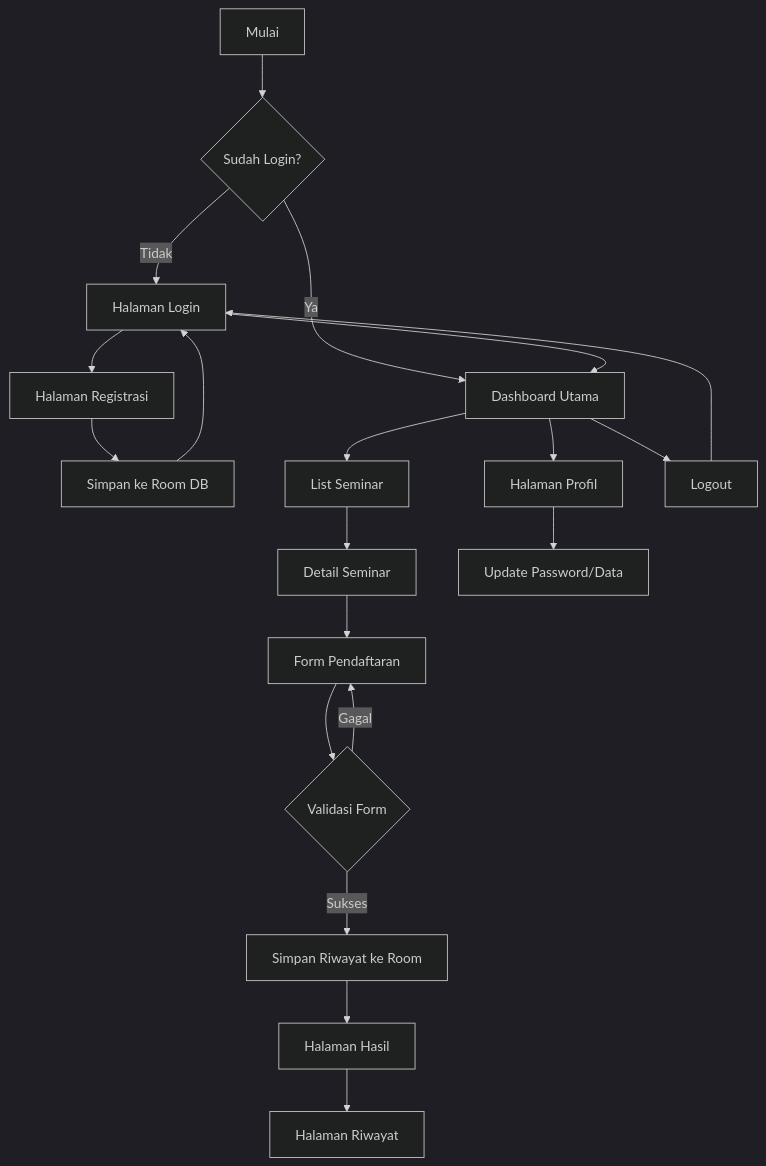
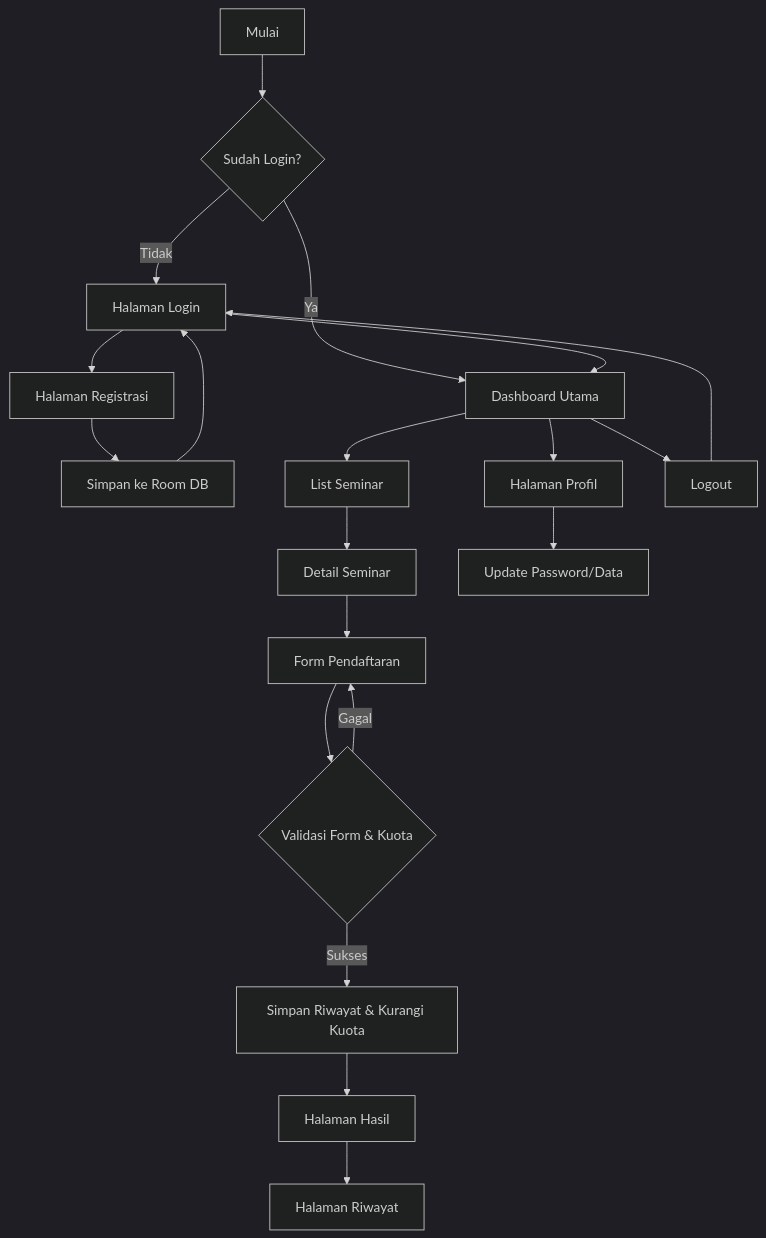
The diagram in README.md (areksaxyz/UTS-MOBILEPROGRAMMING), drawn with Mermaid (dark theme) before and after one commit. The commit also changed other lines of this file, not shown here.

````diff
--- a/README.md
+++ b/README.md
@@ -22,29 +24,29 @@
 ```mermaid
 graph TD
     A[Mulai] --> B{Sudah Login?}
     B -- Tidak --> C[Halaman Login]
     B -- Ya --> F[Dashboard Utama]
     
     C --> D[Halaman Registrasi]
     D --> E[Simpan ke Room DB]
     E --> C
     
     C --> F
     
     F --> G[List Seminar]
     G --> H[Detail Seminar]
     H --> I[Form Pendaftaran]
     
-    I --> J{Validasi Form}
+    I --> J{Validasi Form & Kuota}
     J -- Gagal --> I
-    J -- Sukses --> K[Simpan Riwayat ke Room]
+    J -- Sukses --> K[Simpan Riwayat & Kurangi Kuota]
     
     K --> L[Halaman Hasil]
     L --> M[Halaman Riwayat]
     
     F --> N[Halaman Profil]
     N --> O[Update Password/Data]
     
     F --> P[Logout]
     P --> C
 ```
````
